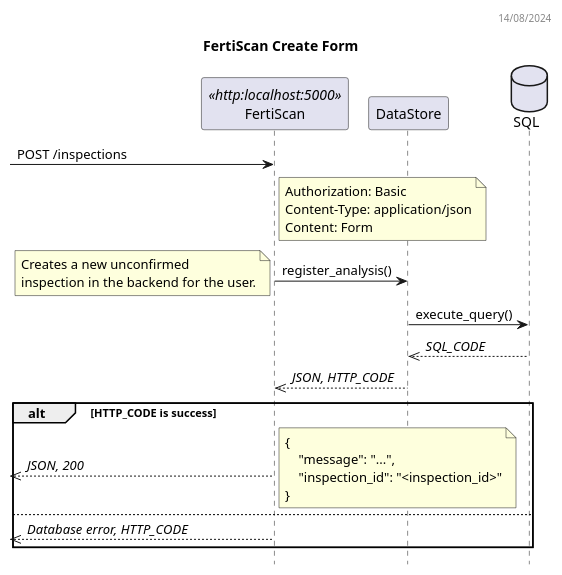
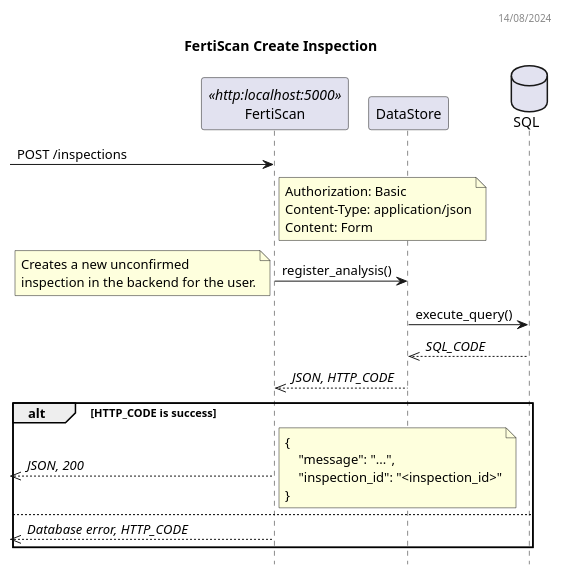
One commit to ai-cfia/fertiscan-backend changed the diagram in docs/plantuml/create_inspection_dss.puml. Above: the diagram before and after it, drawn with PlantUML. The commit also changed 14 other files, not shown here.

Commit message:
refactor: Update page titles in plantuml diagrams

```diff
--- a/docs/plantuml/create_inspection_dss.puml
+++ b/docs/plantuml/create_inspection_dss.puml
@@ -1,38 +1,38 @@
 @startuml FertiScan Sequence Diagram
 header 14/08/2024
 
-title FertiScan Create Form
+title FertiScan Create Inspection
 hide empty members
 hide footbox
 
 participant FertiScan as BE <<http:localhost:5000>>
 participant DataStore as DS
 database SQL as DB
 
 -> BE: POST /inspections
 note right BE
   Authorization: Basic
   Content-Type: application/json
   Content: Form
 end note
 BE -> DS: register_analysis()
 note left
     Creates a new unconfirmed
     inspection in the backend for the user.
 end note
 DS -> DB: execute_query()
 DS <<-- DB: //SQL_CODE//
 BE <<-- DS: //JSON, HTTP_CODE//
 alt HTTP_CODE is success
   <<-- BE: //JSON, 200//
   note right
     {
         "message": "...",
         "inspection_id": "<inspection_id>"
     }
   end note
 else
   <<-- BE: //Database error, HTTP_CODE//
 end
 
 @enduml
```
